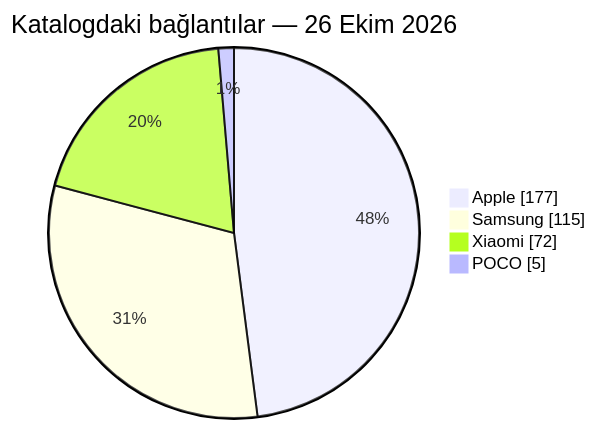
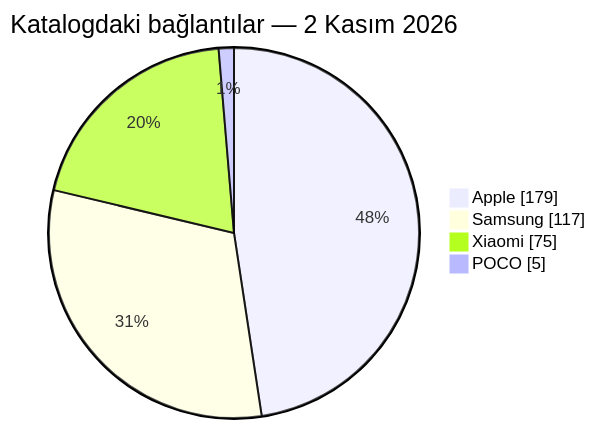
One commit to Emir-Ars/Urun-indirim-takip changed the second of 2 diagrams in README.md. Above: the diagram before and after it, drawn with Mermaid. The commit also changed other lines of this file and 11 other files, not shown here.

````diff
--- a/README.md
+++ b/README.md
@@ -104,8 +105,8 @@
 ```mermaid
 pie showData
-    title Katalogdaki bağlantılar — 26 Ekim 2026
-    "Apple" : 177
-    "Samsung" : 115
-    "Xiaomi" : 72
+    title Katalogdaki bağlantılar — 2 Kasım 2026
+    "Apple" : 179
+    "Samsung" : 117
+    "Xiaomi" : 75
     "POCO" : 5
 ```
````
